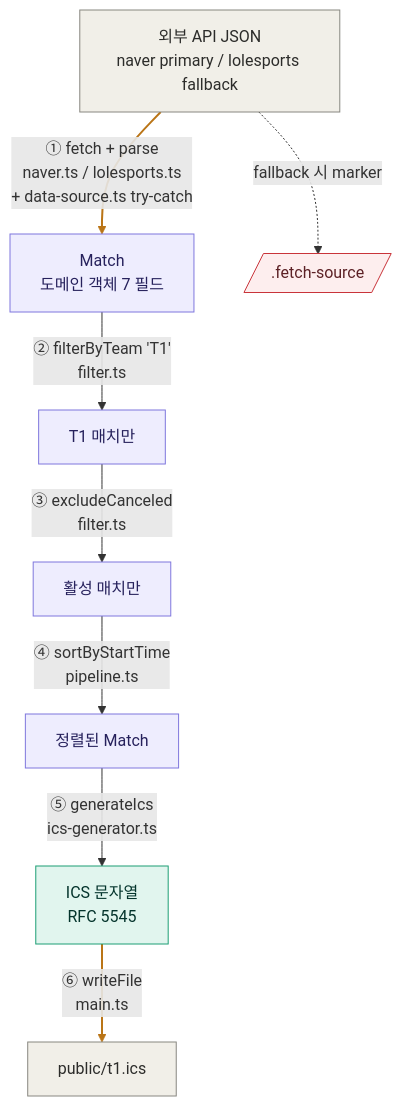
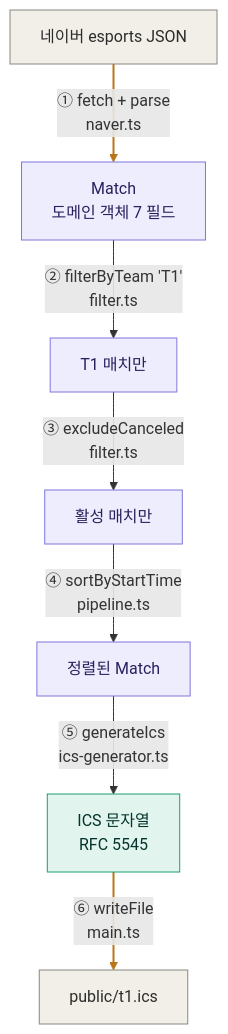
Before and after one commit to ericagong/lck-schedule-sync: the second of 2 diagrams in ARCHITECTURE.md, drawn with Mermaid. The commit also changed other lines of this file and 21 other files, not shown here.

First line of the commit message:
refactor(phase-3): lolesports fallback 제거 — 네이버 단일 소스로 단순화

````diff
--- a/ARCHITECTURE.md
+++ b/ARCHITECTURE.md
@@ -41,23 +41,21 @@
 ```mermaid
 flowchart TD
-    rawJson[외부 API JSON<br/>naver primary / lolesports fallback]
-    rawJson -->|"① fetch + parse<br/>naver.ts / lolesports.ts<br/>+ data-source.ts try-catch"| matches[Match<br/>도메인 객체 7 필드]
+    rawJson[네이버 esports JSON]
+    rawJson -->|"① fetch + parse<br/>naver.ts"| matches[Match<br/>도메인 객체 7 필드]
     matches -->|"② filterByTeam 'T1'<br/>filter.ts"| t1Only[T1 매치만]
     t1Only -->|"③ excludeCanceled<br/>filter.ts"| active[활성 매치만]
     active -->|"④ sortByStartTime<br/>pipeline.ts"| sorted[정렬된 Match]
     sorted -->|"⑤ generateIcs<br/>ics-generator.ts"| ics[ICS 문자열<br/>RFC 5545]
     ics -->|"⑥ writeFile<br/>main.ts"| output[public/t1.ics]
-    rawJson -.->|"fallback 시 marker"| marker[/.fetch-source/]
 
     style rawJson fill:#F1EFE8,stroke:#888780,color:#2C2C2A
     style matches fill:#EEEDFE,stroke:#7F77DD,color:#26215C
     style t1Only fill:#EEEDFE,stroke:#7F77DD,color:#26215C
     style active fill:#EEEDFE,stroke:#7F77DD,color:#26215C
     style sorted fill:#EEEDFE,stroke:#7F77DD,color:#26215C
     style ics fill:#E1F5EE,stroke:#1D9E75,color:#04342C
     style output fill:#F1EFE8,stroke:#888780,color:#2C2C2A
-    style marker fill:#FDEEEE,stroke:#C9343A,color:#5C2125
 
     linkStyle 0 stroke:#BA7517,stroke-width:2px
     linkStyle 5 stroke:#BA7517,stroke-width:2px
 ```
````
